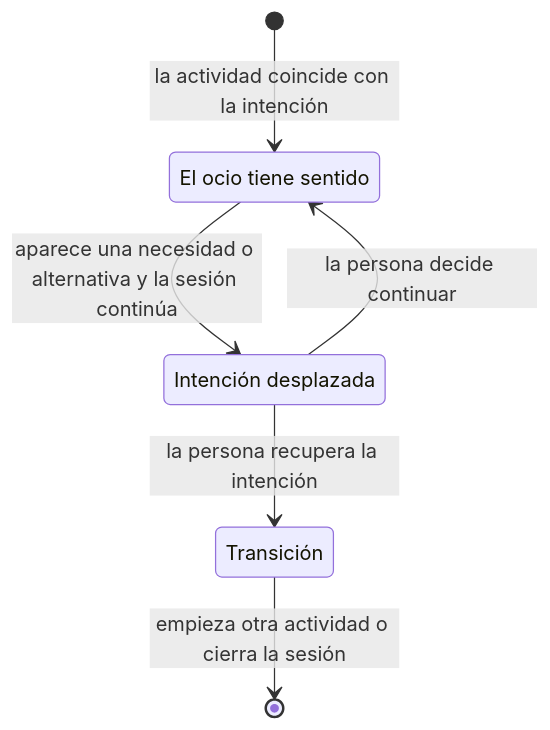
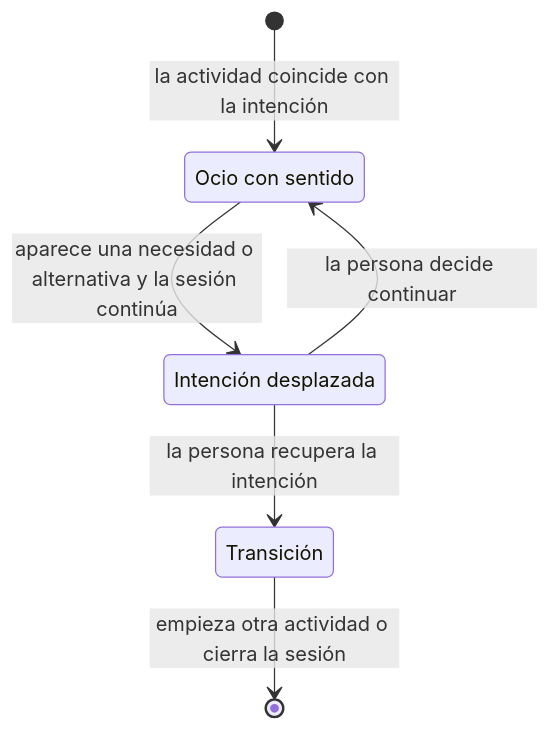
One commit to joan1542003-byte/proyecto-titulo changed the diagram in 08_memoria/anexos/anexo-a-entrevistas.md. Above: the diagram before and after it, drawn with Mermaid. The commit also changed other lines of this file and 36 other files, not shown here.

````diff
--- a/08_memoria/anexos/anexo-a-entrevistas.md
+++ b/08_memoria/anexos/anexo-a-entrevistas.md
@@ -452,11 +452,11 @@
 ```mermaid
 stateDiagram-v2
-    state "El ocio tiene sentido" as Sentido
+    state "Ocio con sentido" as Sentido
     state "Intención desplazada" as Desplazada
     state "Transición" as Transicion
     [*] --> Sentido: la actividad coincide con la intención
     Sentido --> Desplazada: aparece una necesidad o alternativa y la sesión continúa
     Desplazada --> Sentido: la persona decide continuar
     Desplazada --> Transicion: la persona recupera la intención
     Transicion --> [*]: empieza otra actividad o cierra la sesión
 ```
````
